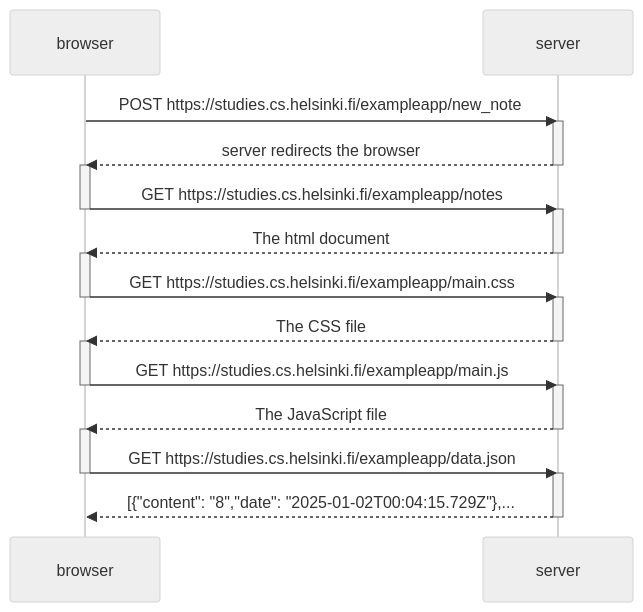
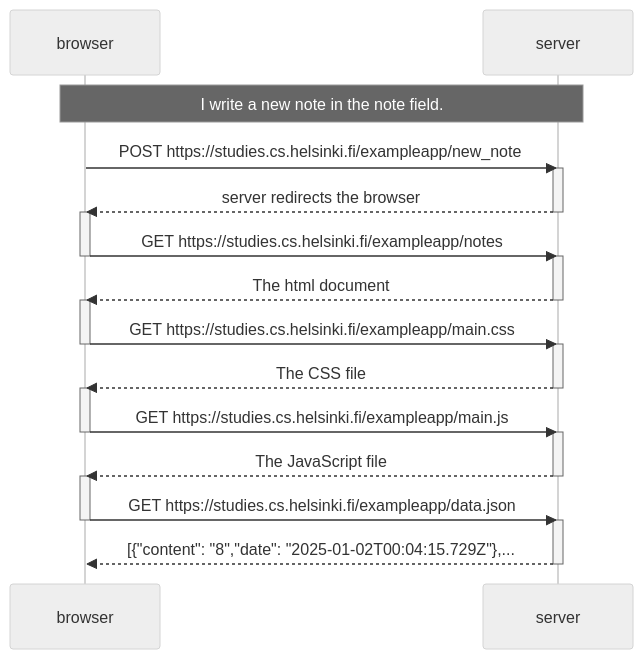
Before and after one commit to TegelVee/Fullstack_exerciserepo: the diagram in osa0/sequencechart.md, drawn with Mermaid (neutral theme).

````diff
--- a/osa0/sequencechart.md
+++ b/osa0/sequencechart.md
@@ -3,38 +3,39 @@
 ```mermaid
 sequenceDiagram
   participant browser
   participant server
+  Note over browser,server: I write a new note in the note field.
   browser->>server: POST https://studies.cs.helsinki.fi/exampleapp/new_note
   activate server
   server-->>browser: server redirects the browser
   deactivate server
   
   activate browser
   browser->>server: GET https://studies.cs.helsinki.fi/exampleapp/notes
   deactivate browser
   activate server
   server-->>browser: The html document
   deactivate server
 
   activate browser
   browser->>server: GET https://studies.cs.helsinki.fi/exampleapp/main.css
   deactivate browser
   activate server
   server-->>browser: The CSS file
   deactivate server
 
   activate browser
   browser->>server: GET https://studies.cs.helsinki.fi/exampleapp/main.js
   deactivate browser
   activate server
   server-->>browser: The JavaScript file
   deactivate server
 
   activate browser
   browser->>server: GET https://studies.cs.helsinki.fi/exampleapp/data.json
   deactivate browser
   activate server
   server-->>browser: [{"content": "8","date": "2025-01-02T00:04:15.729Z"},...
   deactivate server
 
 ```
````
